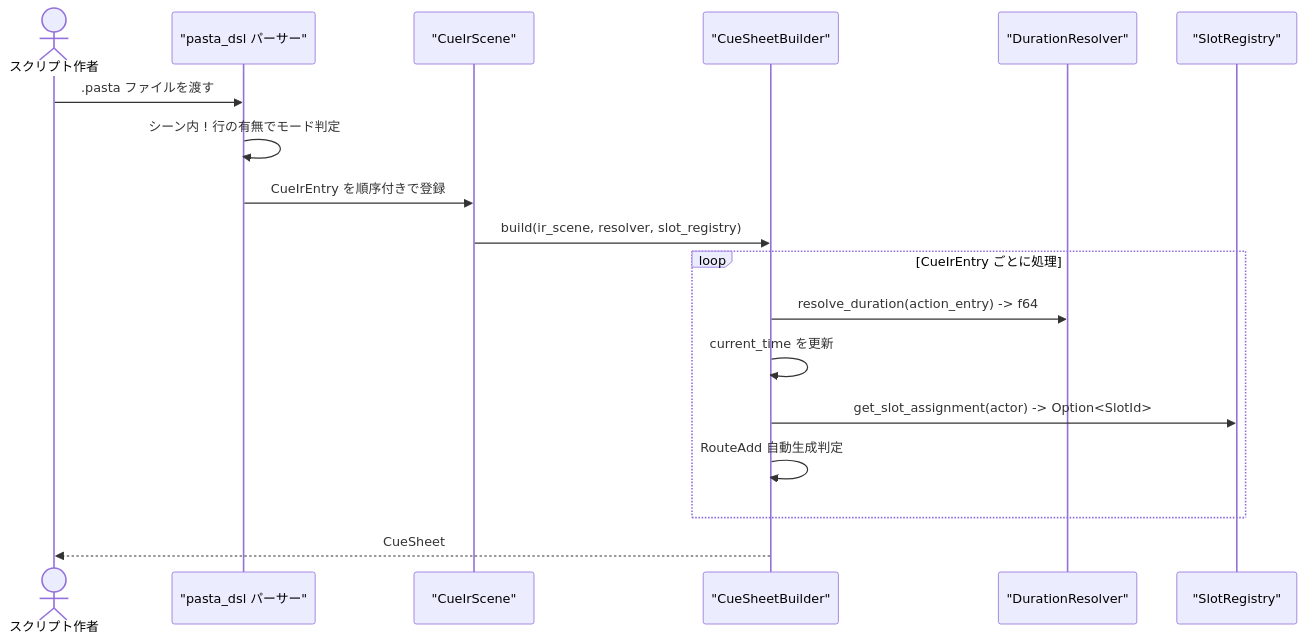
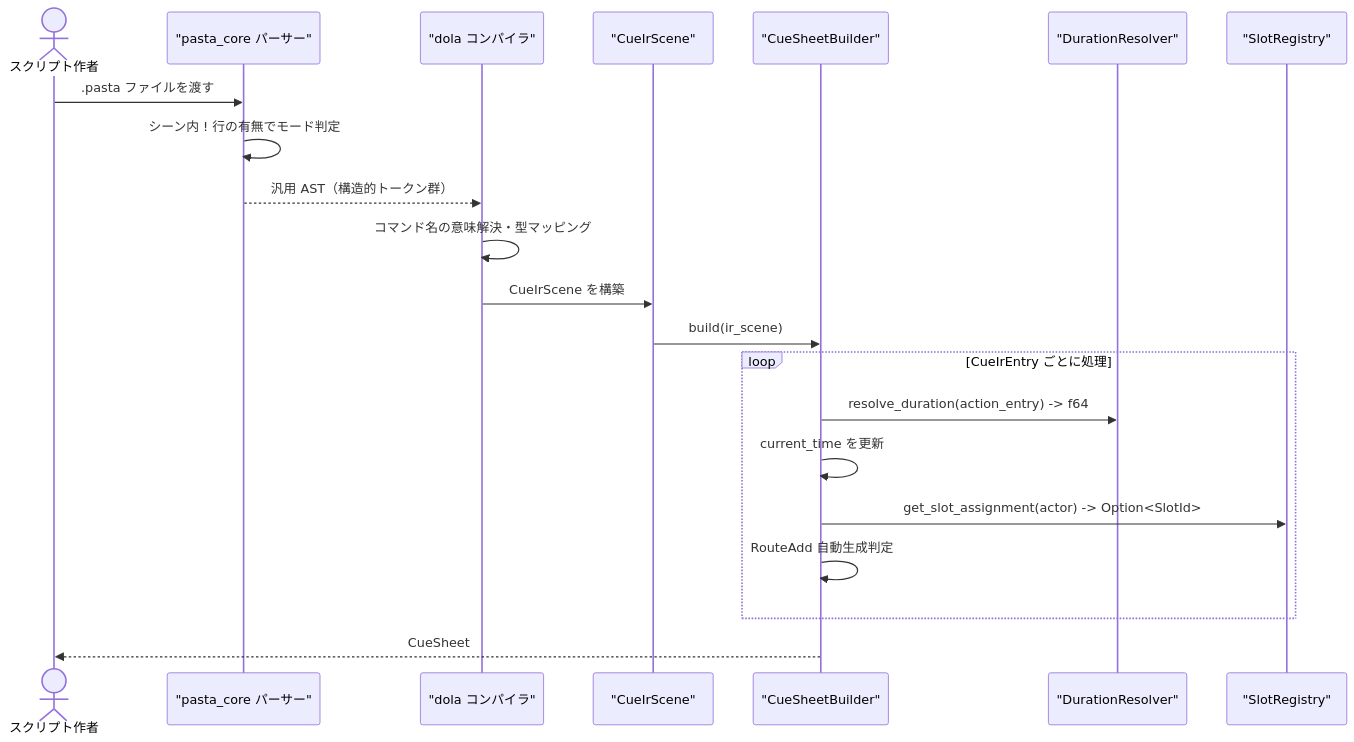
One commit to ekicyou/areka changed the second of 3 diagrams in .kiro/specs/dola-cue-pasta-dsl-extension/design.md. Above: the diagram before and after it, drawn with Mermaid. The commit also changed other lines of this file and 1 other file, not shown here.

First line of the commit message:
fix(spec): resolve CueIR dependency direction (Discussion 1)

````diff
--- a/.kiro/specs/dola-cue-pasta-dsl-extension/design.md
+++ b/.kiro/specs/dola-cue-pasta-dsl-extension/design.md
@@ -99,21 +106,24 @@
 ```mermaid
 sequenceDiagram
     actor ScriptAuthor as スクリプト作者
-    participant Parser as "pasta_dsl パーサー"
+    participant Parser as "pasta_core パーサー"
+    participant Compiler as "dola コンパイラ"
     participant IR as "CueIrScene"
     participant Builder as "CueSheetBuilder"
     participant Resolver as "DurationResolver"
     participant Slots as "SlotRegistry"
 
     ScriptAuthor ->> Parser: .pasta ファイルを渡す
     Parser ->> Parser: シーン内 ! 行の有無でモード判定
-    Parser ->> IR: CueIrEntry を順序付きで登録
-    IR ->> Builder: build(ir_scene, resolver, slot_registry)
+    Parser -->> Compiler: 汎用 AST（構造的トークン群）
+    Compiler ->> Compiler: コマンド名の意味解決・型マッピング
+    Compiler ->> IR: CueIrScene を構築
+    IR ->> Builder: build(ir_scene)
     loop CueIrEntry ごとに処理
         Builder ->> Resolver: resolve_duration(action_entry) -> f64
         Builder ->> Builder: current_time を更新
         Builder ->> Slots: get_slot_assignment(actor) -> Option<SlotId>
         Builder ->> Builder: RouteAdd 自動生成判定
     end
     Builder -->> ScriptAuthor: CueSheet
 ```
````
